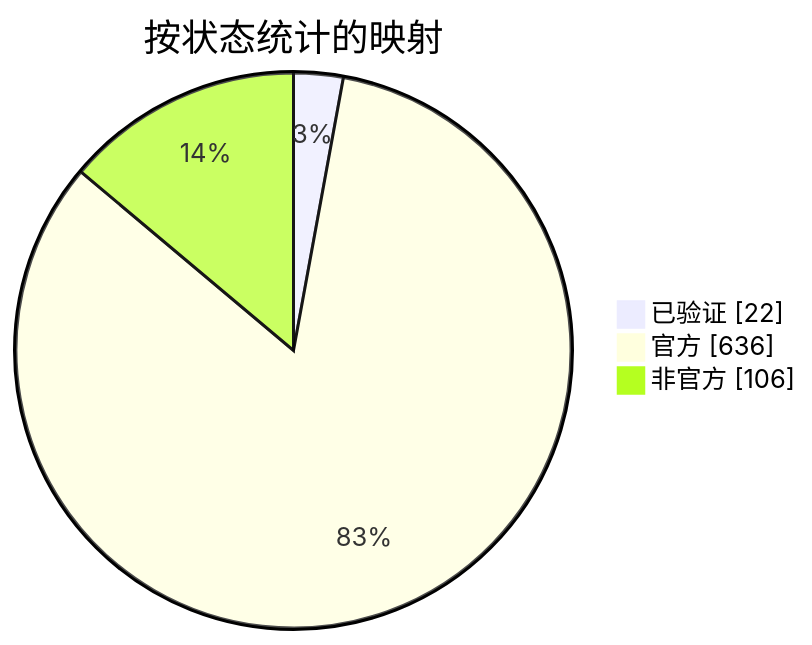
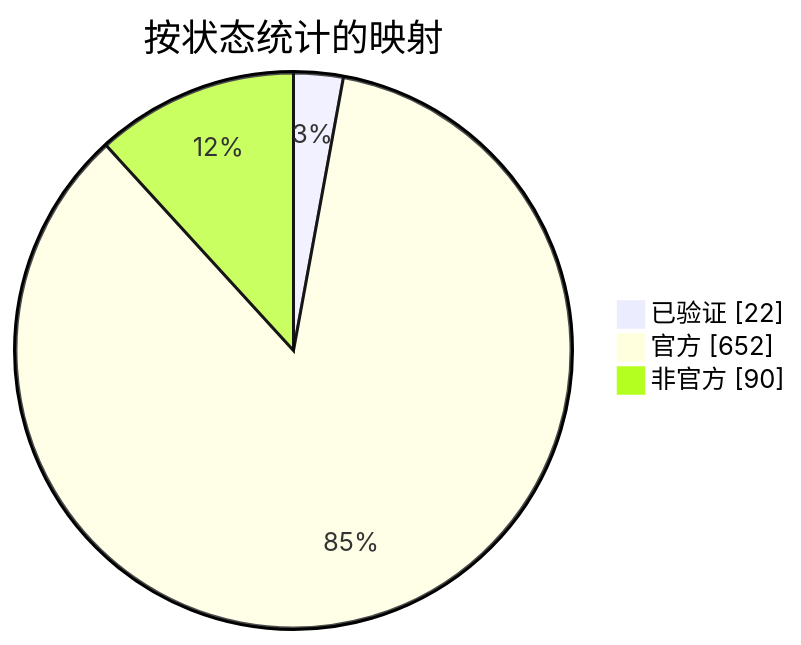
Before and after one commit to nobrega8/mbmap-library: the diagram in docs/readme/README_ZHS.md, drawn with Mermaid. The commit also changed 5 other files, not shown here.

````diff
--- a/docs/readme/README_ZHS.md
+++ b/docs/readme/README_ZHS.md
@@ -54,7 +54,7 @@
 ```mermaid
 pie showData
     title 按状态统计的映射
     "已验证" : 22
-    "官方" : 636
-    "非官方" : 106
+    "官方" : 652
+    "非官方" : 90
 ```
````
